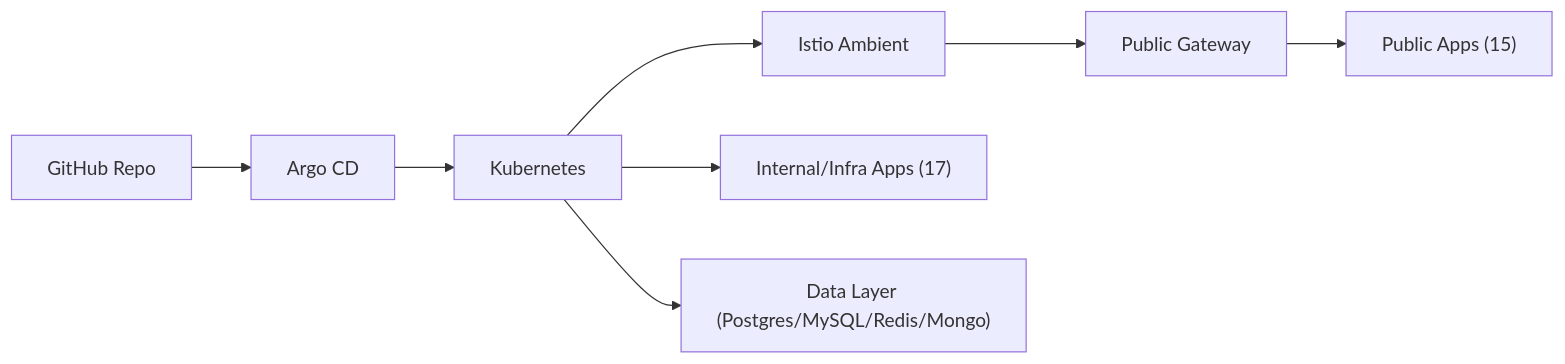
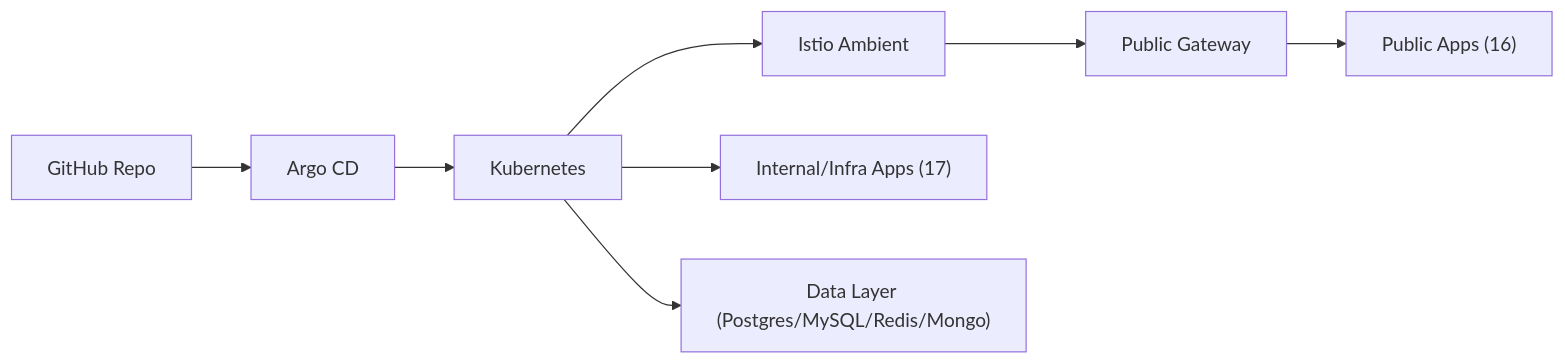
The diagram in README.md (noeulnight/homelab), drawn with Mermaid before and after one commit. The commit also changed other lines of this file and 5 other files, not shown here.

````diff
--- a/README.md
+++ b/README.md
@@ -13,10 +13,10 @@
 ```mermaid
 flowchart LR
   GitHub["GitHub Repo"] --> Argo["Argo CD"]
   Argo --> K8s["Kubernetes"]
   K8s --> Istio["Istio Ambient"]
   Istio --> Gateway["Public Gateway"]
-  Gateway --> PublicApps["Public Apps (15)"]
+  Gateway --> PublicApps["Public Apps (16)"]
   K8s --> InternalApps["Internal/Infra Apps (17)"]
   K8s --> Data["Data Layer (Postgres/MySQL/Redis/Mongo)"]
 ```
````
